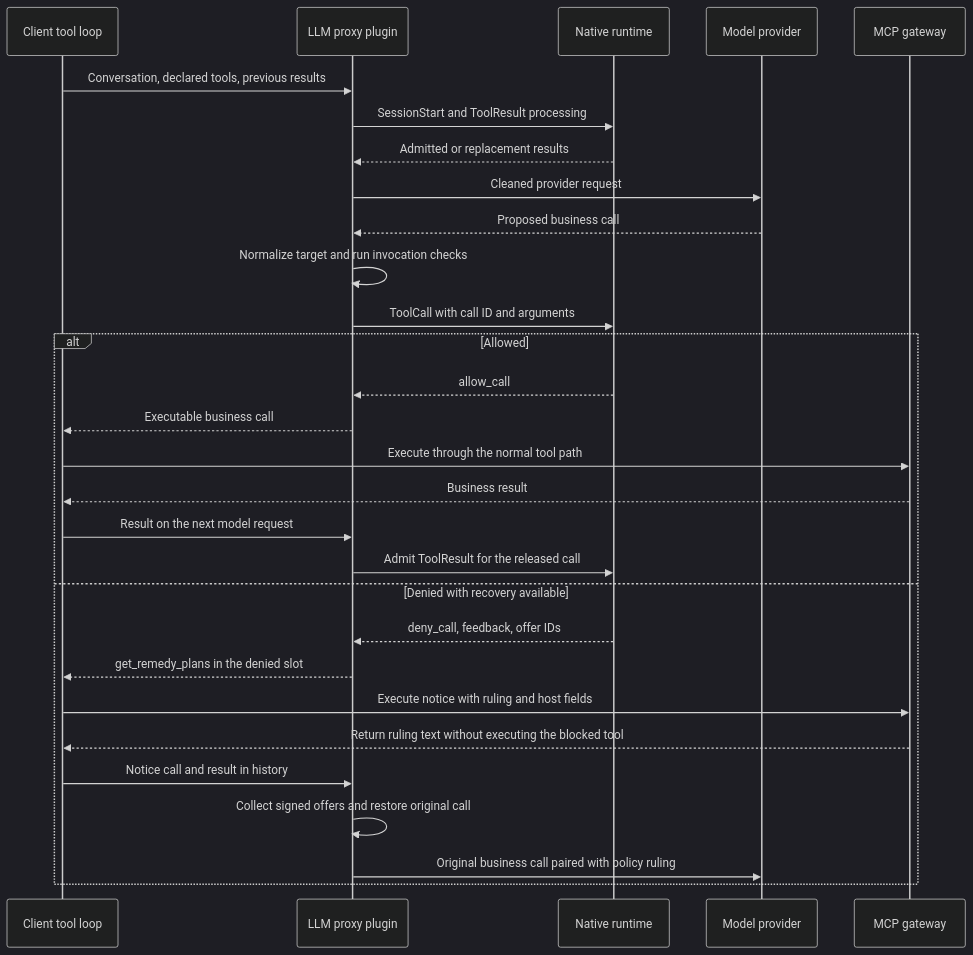
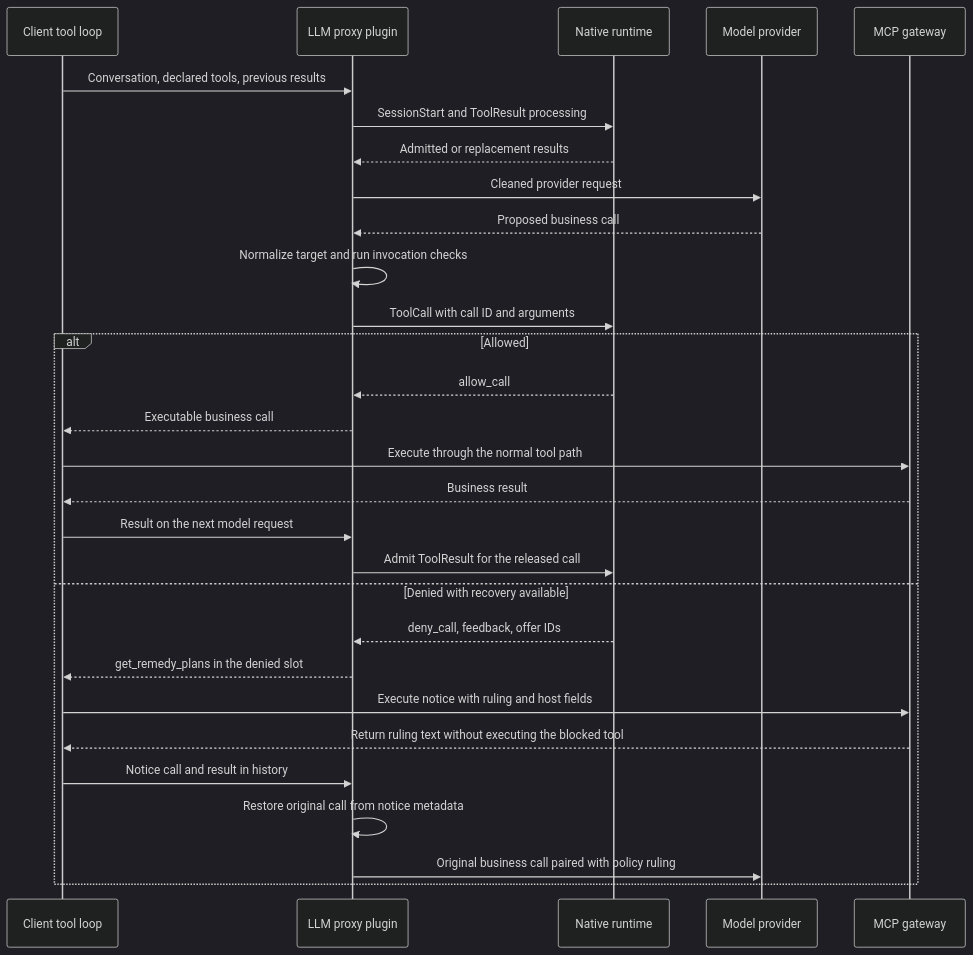
The fourth of 10 diagrams in docs/openappa-architecture.md (archestra-ai/archestra), drawn with Mermaid (dark theme) before and after one commit. The commit also changed other lines of this file and 81 other files, not shown here.

````diff
--- a/docs/openappa-architecture.md
+++ b/docs/openappa-architecture.md
@@ -193,31 +195,31 @@
 ```mermaid
 sequenceDiagram
   participant C as Client tool loop
   participant P as LLM proxy plugin
   participant A as Native runtime
   participant L as Model provider
   participant G as MCP gateway
   C->>P: Conversation, declared tools, previous results
   P->>A: SessionStart and ToolResult processing
   A-->>P: Admitted or replacement results
   P->>L: Cleaned provider request
   L-->>P: Proposed business call
   P->>P: Normalize target and run invocation checks
   P->>A: ToolCall with call ID and arguments
   alt Allowed
     A-->>P: allow_call
     P-->>C: Executable business call
     C->>G: Execute through the normal tool path
     G-->>C: Business result
     C->>P: Result on the next model request
     P->>A: Admit ToolResult for the released call
   else Denied with recovery available
     A-->>P: deny_call, feedback, offer IDs
     P-->>C: get_remedy_plans in the denied slot
     C->>G: Execute notice with ruling and host fields
     G-->>C: Return ruling text without executing the blocked tool
     C->>P: Notice call and result in history
-    P->>P: Collect signed offers and restore original call
+    P->>P: Restore original call from notice metadata
     P->>L: Original business call paired with policy ruling
   end
 ```
````
